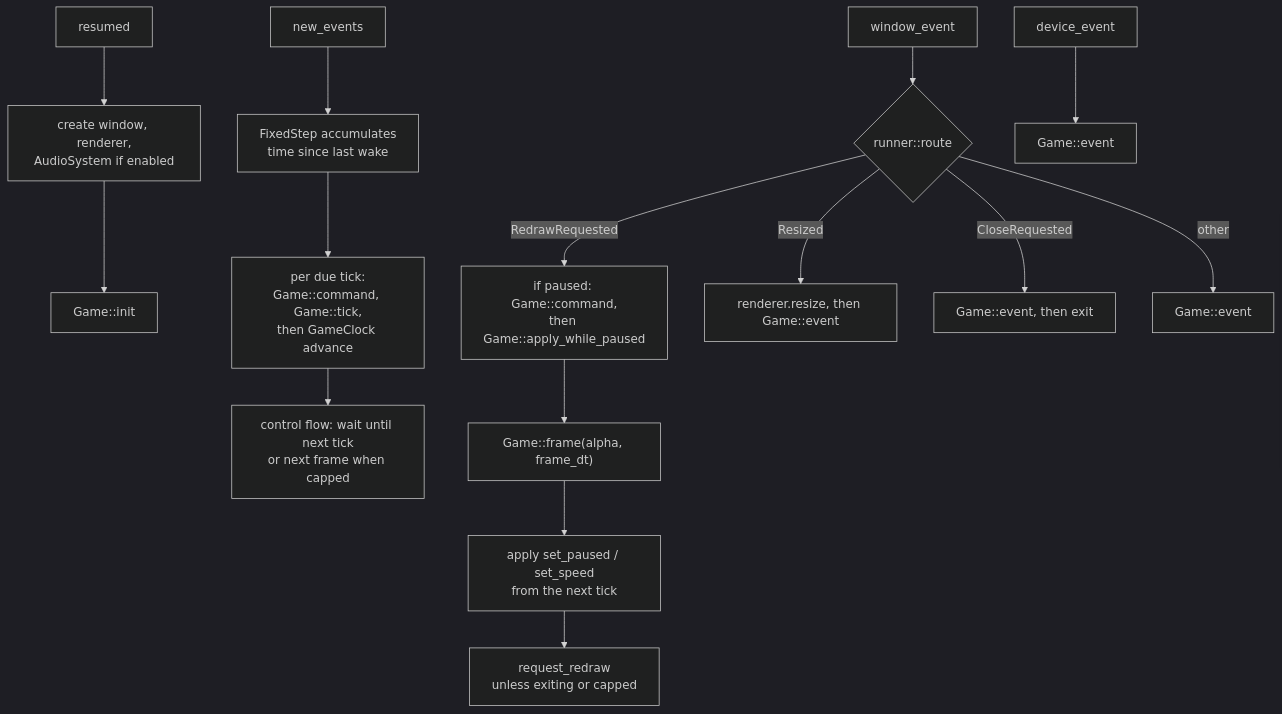
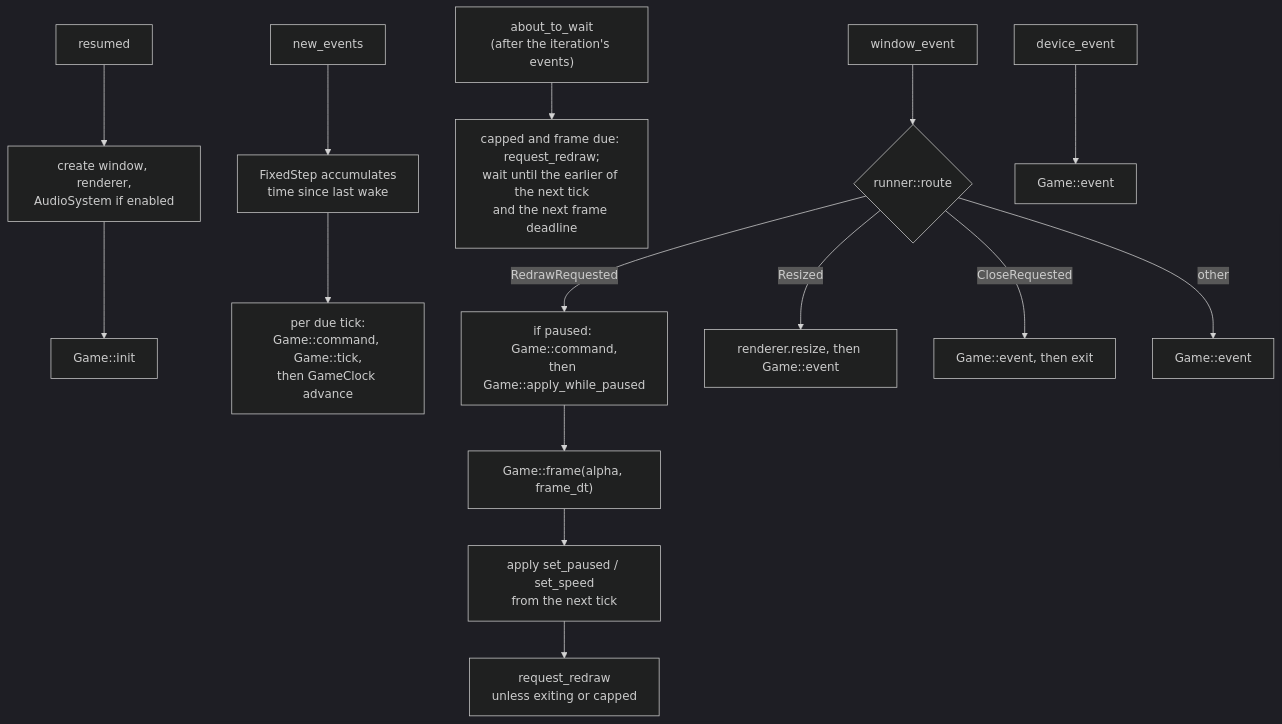
One commit to WrackedFella/moho changed the first of 2 diagrams in wiki/architecture/frame-loop.md. Above: the diagram before and after it, drawn with Mermaid (dark theme). The commit also changed other lines of this file and 1 other file, not shown here.

Commit message:
docs(wiki): frame pacing after the iteration's events; fps_max clamp (ENG-F28-05)
Refs #379

Claude-Session: https://claude.ai/code/session_015JWExofxWpXvm7meQ3VwPd

````diff
--- a/wiki/architecture/frame-loop.md
+++ b/wiki/architecture/frame-loop.md
@@ -14,18 +14,19 @@
 ```mermaid
 flowchart TD
     RES["resumed"] --> mk["create window, renderer,<br/>AudioSystem if enabled"] --> init["Game::init"]
 
     NE["new_events"] --> acc["FixedStep accumulates<br/>time since last wake"]
     acc --> tk["per due tick:<br/>Game::command, Game::tick,<br/>then GameClock advance"]
-    tk --> cf["control flow: wait until next tick<br/>or next frame when capped"]
+
+    AW["about_to_wait<br/>(after the iteration's events)"] --> cf["capped and frame due: request_redraw;<br/>wait until the earlier of the next tick<br/>and the next frame deadline"]
 
     WE["window_event"] --> route{"runner::route"}
     route -- RedrawRequested --> wp["if paused: Game::command,<br/>then Game::apply_while_paused"] --> fr["Game::frame(alpha, frame_dt)"]
     fr --> req["apply set_paused / set_speed<br/>from the next tick"]
     req --> rr["request_redraw<br/>unless exiting or capped"]
     route -- Resized --> rs["renderer.resize, then Game::event"]
     route -- CloseRequested --> ev["Game::event, then exit"]
     route -- other --> ev2["Game::event"]
 
     DE["device_event"] --> ev3["Game::event"]
 ```
````
